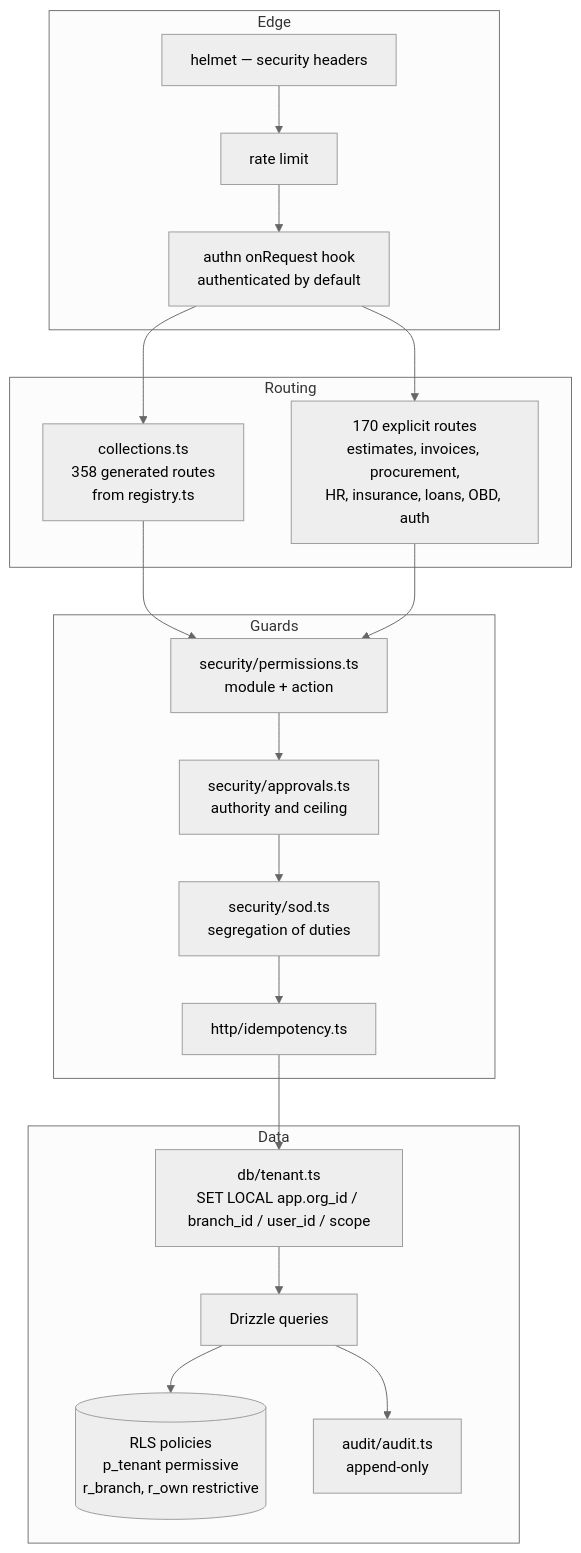
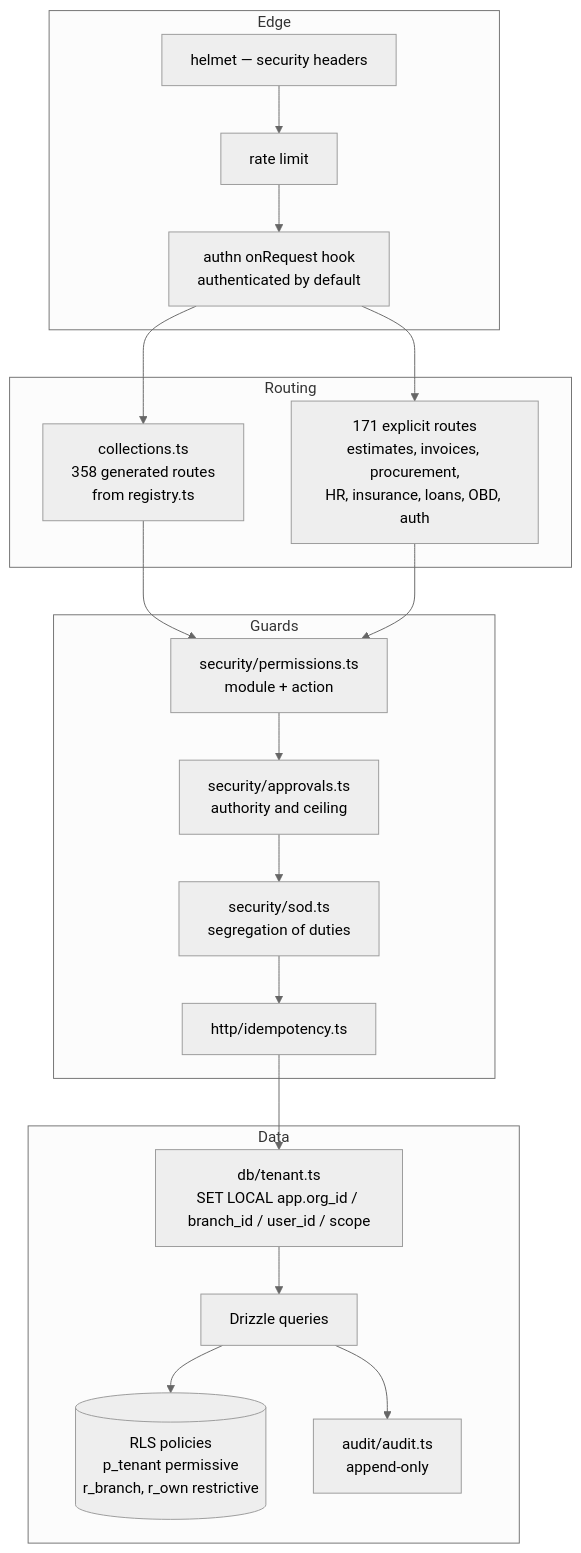
The third of 4 diagrams in docs/15_C4_ARCHITECTURE_DIAGRAMS/C4_MODEL.md (tazamohd/SlClNe), drawn with Mermaid (neutral theme) before and after one commit. The commit also changed other lines of this file and 45 other files, not shown here.

````diff
--- a/docs/15_C4_ARCHITECTURE_DIAGRAMS/C4_MODEL.md
+++ b/docs/15_C4_ARCHITECTURE_DIAGRAMS/C4_MODEL.md
@@ -60,29 +60,29 @@
 ```mermaid
 flowchart TB
   subgraph edge[Edge]
     helmet["helmet — security headers"]
     rl["rate limit"]
     authn["authn onRequest hook<br/>authenticated by default"]
   end
   subgraph routing[Routing]
     generic["collections.ts<br/>358 generated routes<br/>from registry.ts"]
-    explicit["170 explicit routes<br/>estimates, invoices, procurement,<br/>HR, insurance, loans, OBD, auth"]
+    explicit["171 explicit routes<br/>estimates, invoices, procurement,<br/>HR, insurance, loans, OBD, auth"]
   end
   subgraph guards[Guards]
     perms["security/permissions.ts<br/>module + action"]
     approvals["security/approvals.ts<br/>authority and ceiling"]
     sod["security/sod.ts<br/>segregation of duties"]
     idem["http/idempotency.ts"]
   end
   subgraph data[Data]
     tenant["db/tenant.ts<br/>SET LOCAL app.org_id / branch_id / user_id / scope"]
     drizzle["Drizzle queries"]
     rls[("RLS policies<br/>p_tenant permissive<br/>r_branch, r_own restrictive")]
     audit["audit/audit.ts<br/>append-only"]
   end
   helmet --> rl --> authn --> generic
   authn --> explicit
   generic --> perms
   explicit --> perms --> approvals --> sod --> idem --> tenant --> drizzle --> rls
   drizzle --> audit
 ```
````
